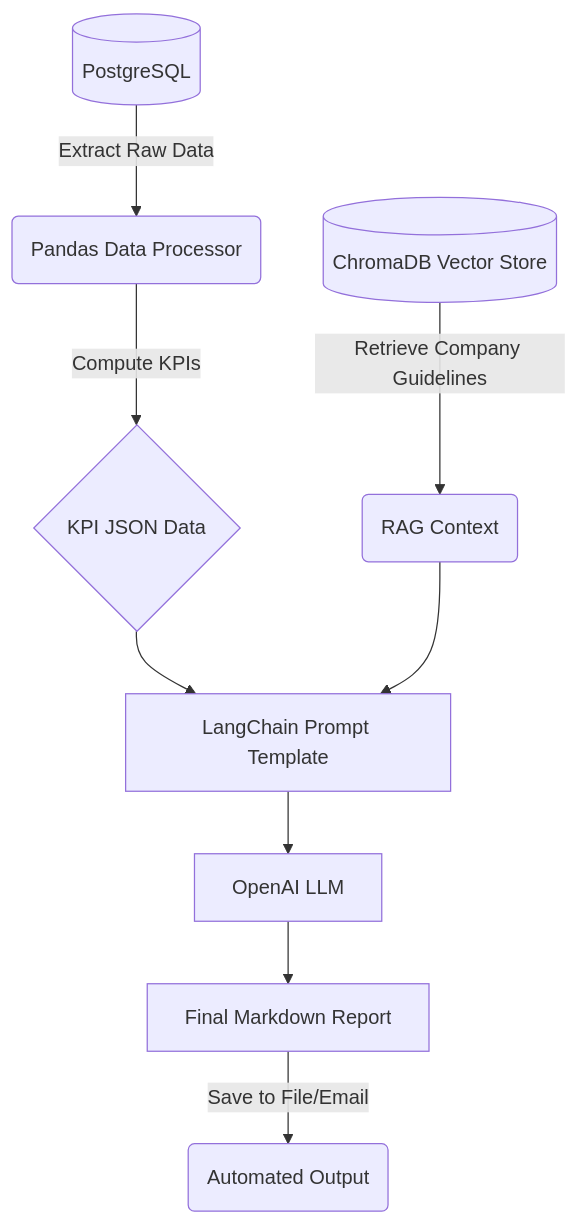
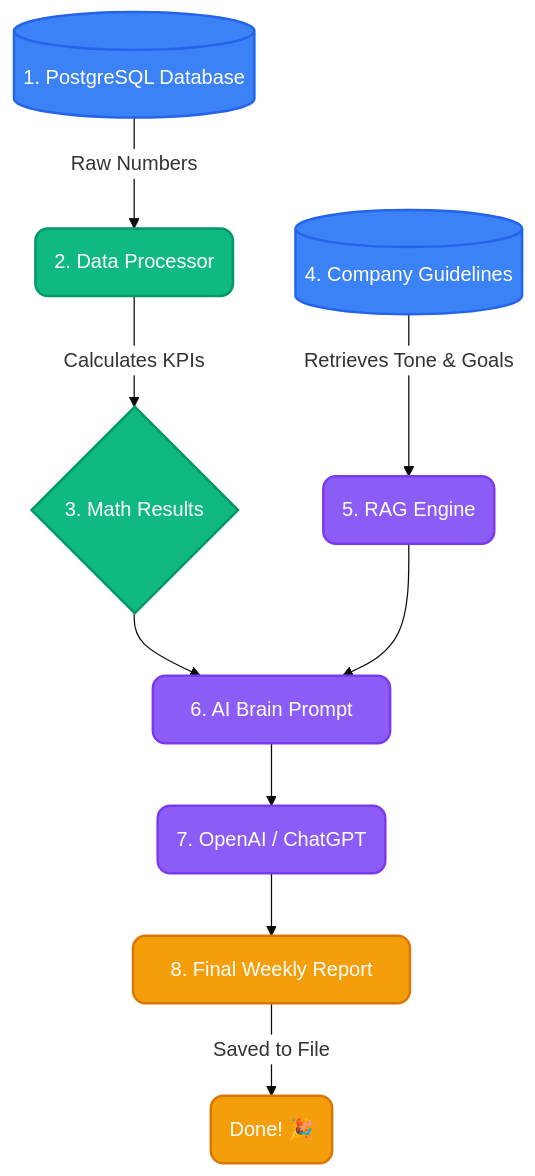
The diagram in README.md (SHAILESH-RS-UPADHYAY/autoflow), drawn with Mermaid before and after one commit. The commit also changed other lines of this file, not shown here.

Commit message:
docs: ✨ Beautify README with plain English and colored Mermaid flowchart

````diff
--- a/README.md
+++ b/README.md
@@ -16,11 +25,20 @@
 ```mermaid
+%%{init: {'theme': 'base', 'themeVariables': { 'primaryColor': '#4F46E5', 'edgeLabelBackground':'#ffffff', 'tertiaryColor': '#F3F4F6'}}}%%
 graph TD
-    A[(PostgreSQL)] -->|Extract Raw Data| B(Pandas Data Processor)
-    B -->|Compute KPIs| C{KPI JSON Data}
-    D[(ChromaDB Vector Store)] -->|Retrieve Company Guidelines| E(RAG Context)
-    C --> F[LangChain Prompt Template]
+    classDef database fill:#3b82f6,stroke:#2563eb,stroke-width:2px,color:#fff,rx:10px,ry:10px;
+    classDef logic fill:#10b981,stroke:#059669,stroke-width:2px,color:#fff,rx:10px,ry:10px;
+    classDef ai fill:#8b5cf6,stroke:#7c3aed,stroke-width:2px,color:#fff,rx:10px,ry:10px;
+    classDef output fill:#f59e0b,stroke:#d97706,stroke-width:2px,color:#fff,rx:10px,ry:10px;
+
+    A[(1. PostgreSQL Database)]:::database -->|Raw Numbers| B(2. Data Processor):::logic
+    B -->|Calculates KPIs| C{3. Math Results}:::logic
+    
+    D[(4. Company Guidelines)]:::database -->|Retrieves Tone & Goals| E(5. RAG Engine):::ai
+    
+    C --> F[6. AI Brain Prompt]:::ai
     E --> F
-    F --> G[OpenAI LLM]
-    G --> H[Final Markdown Report]
-    H -->|Save to File/Email| I(Automated Output)
+    
+    F --> G(7. OpenAI / ChatGPT):::ai
+    G --> H[8. Final Weekly Report]:::output
+    H -->|Saved to File| I(Done! 🎉):::output
 ```
````
